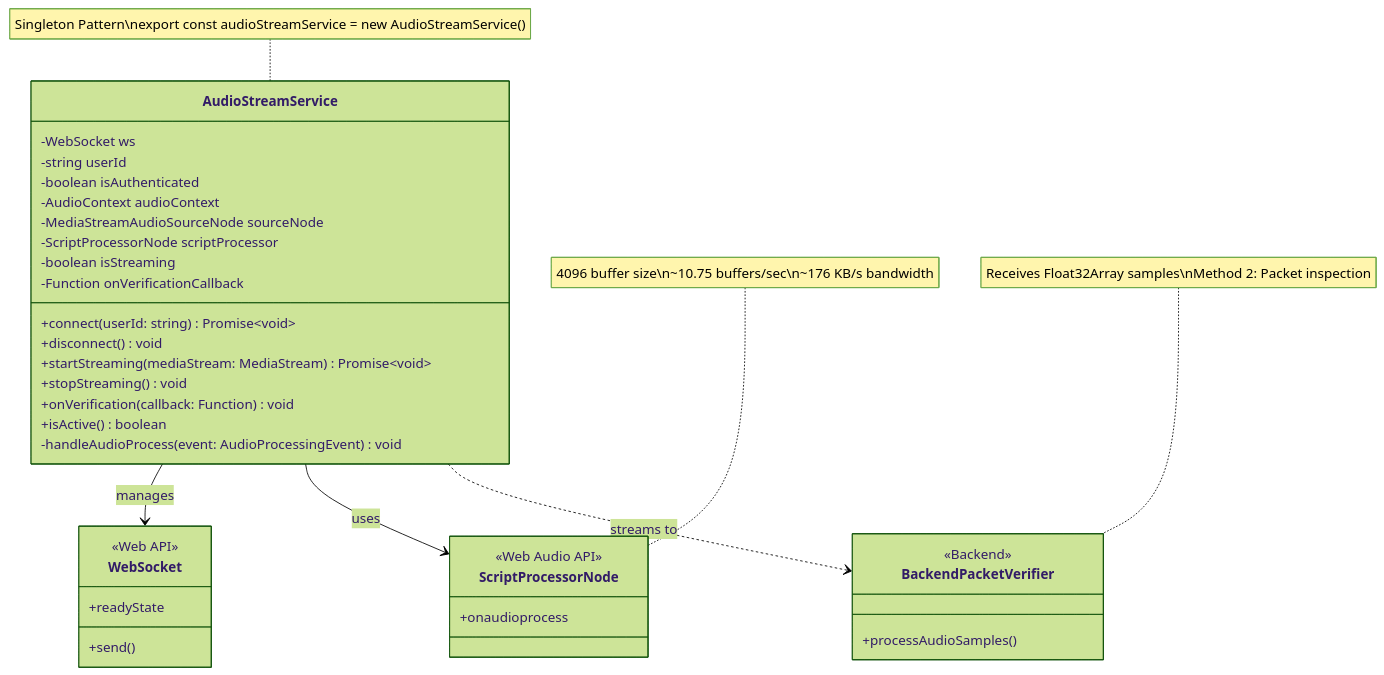
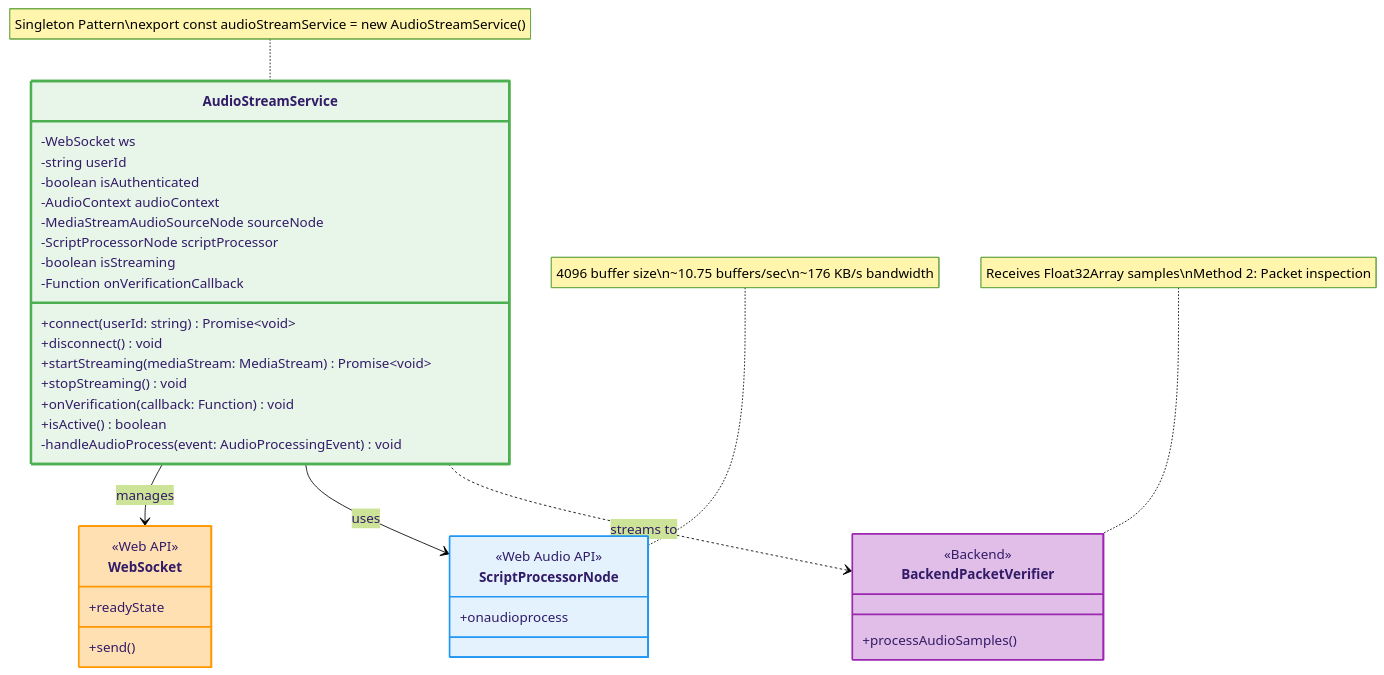
One commit to arthur900530/team-bug-farmers changed the fifth of 9 diagrams in CLASS_DIAGRAMS.md. Above: the diagram before and after it, drawn with Mermaid (forest theme). The commit also changed other lines of this file, not shown here.

First line of the commit message:
Add consistent color scheme to all class diagrams

````diff
--- a/CLASS_DIAGRAMS.md
+++ b/CLASS_DIAGRAMS.md
@@ -657,47 +690,52 @@
 ```mermaid
 classDiagram
     class AudioStreamService {
         -WebSocket ws
         -string userId
         -boolean isAuthenticated
         -AudioContext audioContext
         -MediaStreamAudioSourceNode sourceNode
         -ScriptProcessorNode scriptProcessor
         -boolean isStreaming
         -Function onVerificationCallback
         
         +connect(userId: string) Promise~void~
         +disconnect() void
         +startStreaming(mediaStream: MediaStream) Promise~void~
         +stopStreaming() void
         +onVerification(callback: Function) void
         +isActive() boolean
         -handleAudioProcess(event: AudioProcessingEvent) void
     }
     
     class WebSocket {
         <<Web API>>
         +readyState
         +send()
     }
     
     class ScriptProcessorNode {
         <<Web Audio API>>
         +onaudioprocess
     }
     
     class BackendPacketVerifier {
         <<Backend>>
         +processAudioSamples()
     }
     
     AudioStreamService --> WebSocket : manages
     AudioStreamService --> ScriptProcessorNode : uses
     AudioStreamService ..> BackendPacketVerifier : streams to
     
+    style AudioStreamService fill:#E8F5E9,stroke:#4CAF50,stroke-width:3px
+    style WebSocket fill:#FFE0B2,stroke:#FF9800,stroke-width:2px
+    style ScriptProcessorNode fill:#E3F2FD,stroke:#2196F3,stroke-width:2px
+    style BackendPacketVerifier fill:#E1BEE7,stroke:#9C27B0,stroke-width:2px
+    
     note for AudioStreamService "Singleton Pattern\nexport const audioStreamService = new AudioStreamService()"
     
     note for ScriptProcessorNode "4096 buffer size\n~10.75 buffers/sec\n~176 KB/s bandwidth"
     
     note for BackendPacketVerifier "Receives Float32Array samples\nMethod 2: Packet inspection"
 ```
````
